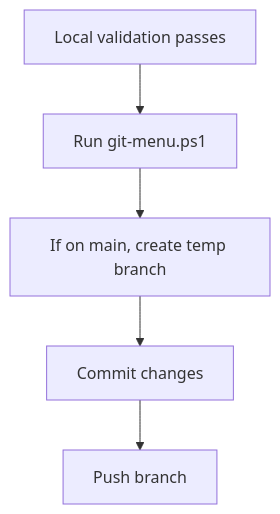
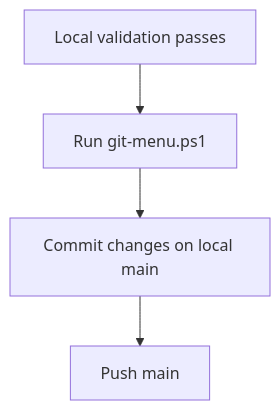
One commit to swinneyj/soc-plaform changed the eighth of 8 diagrams in docs/SYSTEM_VISUAL_MAP.md. Above: the diagram before and after it, drawn with Mermaid. The commit also changed 6 other files, not shown here.

````diff
--- a/docs/SYSTEM_VISUAL_MAP.md
+++ b/docs/SYSTEM_VISUAL_MAP.md
@@ -174,7 +174,6 @@
 ```mermaid
 flowchart TD
     A[Local validation passes] --> B[Run git-menu.ps1]
-    B --> C[If on main, create temp branch]
-    C --> D[Commit changes]
-    D --> E[Push branch]
+  B --> C[Commit changes on local main]
+  C --> D[Push main]
 ```
````
